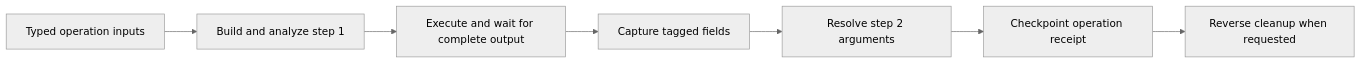
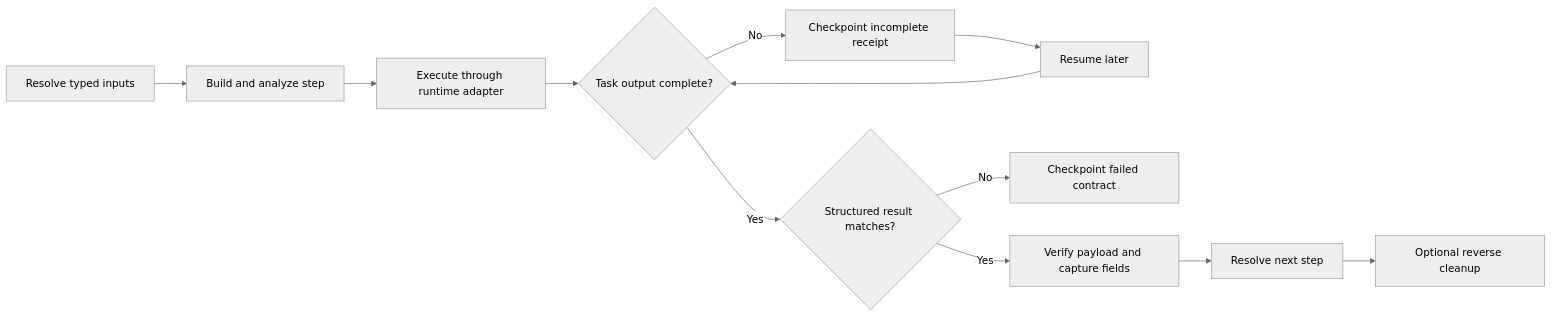
The diagram in docs/operations.md (professor-moody/bofbench), drawn with Mermaid (neutral theme) before and after one commit. The commit also changed other lines of this file and 26 other files, not shown here.

````diff
--- a/docs/operations.md
+++ b/docs/operations.md
@@ -23,9 +53,14 @@
 ```mermaid
 flowchart LR
-  A["Typed operation inputs"] --> B["Build and analyze step 1"]
-  B --> C["Execute and wait for complete output"]
-  C --> D["Capture tagged fields"]
-  D --> E["Resolve step 2 arguments"]
-  E --> F["Checkpoint operation receipt"]
-  F --> G["Reverse cleanup when requested"]
+  A["Resolve typed inputs"] --> B["Build and analyze step"]
+  B --> C["Execute through runtime adapter"]
+  C --> D{"Task output complete?"}
+  D -- "No" --> E["Checkpoint incomplete receipt"]
+  E --> F["Resume later"]
+  F --> D
+  D -- "Yes" --> G{"Structured result matches?"}
+  G -- "No" --> H["Checkpoint failed contract"]
+  G -- "Yes" --> I["Verify payload and capture fields"]
+  I --> J["Resolve next step"]
+  J --> K["Optional reverse cleanup"]
 ```
````
